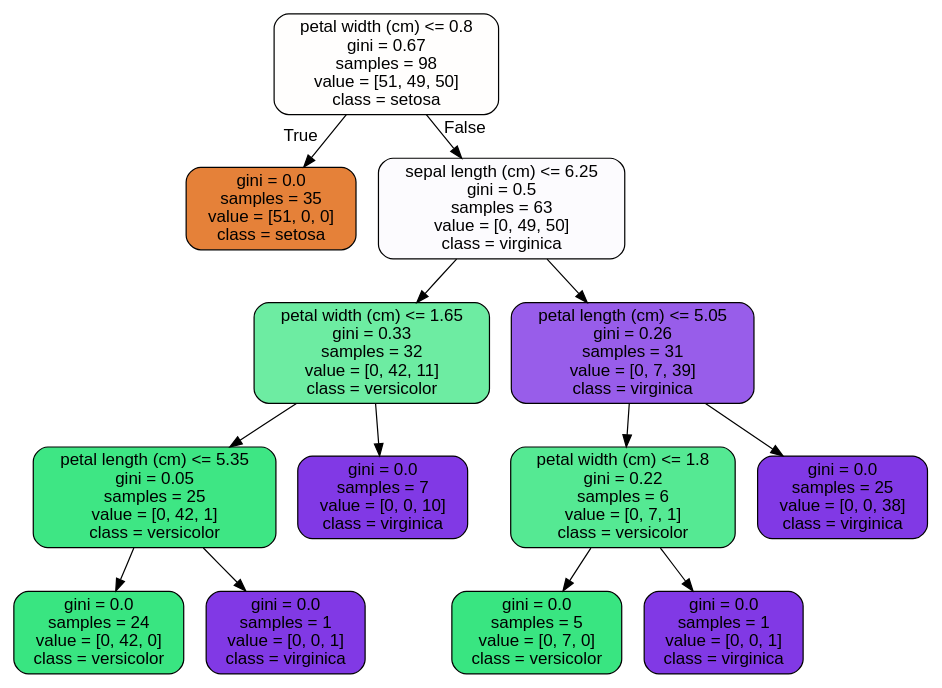
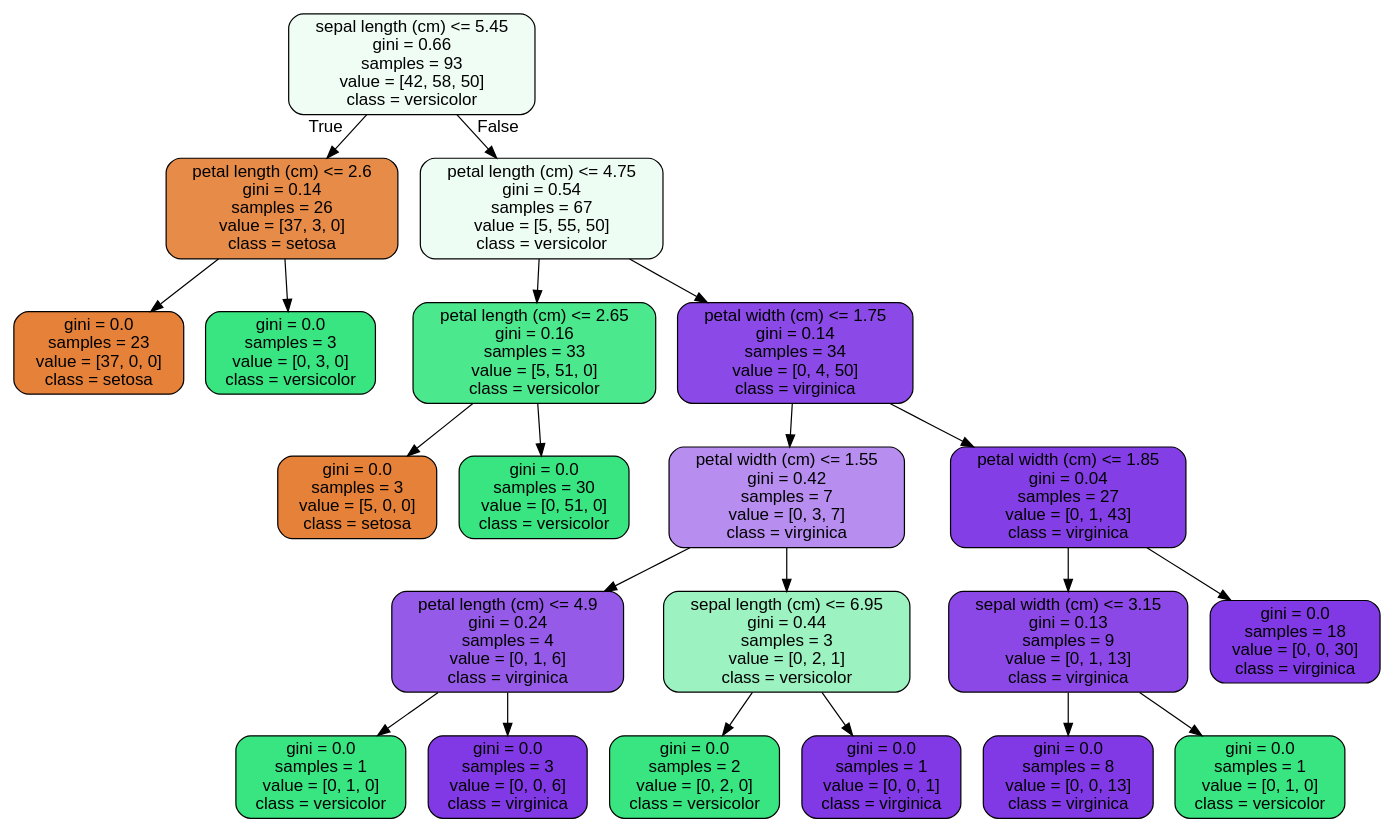
Before and after one commit to Khalif81/covid_patient_status: the diagram in tree.dot, drawn with Graphviz. The commit also changed 1 other file, not shown here.

```diff
--- a/tree.dot
+++ b/tree.dot
@@ -1,29 +1,45 @@
 digraph Tree {
 node [shape=box, style="filled, rounded", color="black", fontname=helvetica] ;
 edge [fontname=helvetica] ;
-0 [label="petal width (cm) <= 0.8\ngini = 0.67\nsamples = 98\nvalue = [51, 49, 50]\nclass = setosa", fillcolor="#fffefd"] ;
-1 [label="gini = 0.0\nsamples = 35\nvalue = [51, 0, 0]\nclass = setosa", fillcolor="#e58139"] ;
+0 [label="sepal length (cm) <= 5.45\ngini = 0.66\nsamples = 93\nvalue = [42, 58, 50]\nclass = versicolor", fillcolor="#effdf5"] ;
+1 [label="petal length (cm) <= 2.6\ngini = 0.14\nsamples = 26\nvalue = [37, 3, 0]\nclass = setosa", fillcolor="#e78b49"] ;
 0 -> 1 [labeldistance=2.5, labelangle=45, headlabel="True"] ;
-2 [label="sepal length (cm) <= 6.25\ngini = 0.5\nsamples = 63\nvalue = [0, 49, 50]\nclass = virginica", fillcolor="#fcfbfe"] ;
-0 -> 2 [labeldistance=2.5, labelangle=-45, headlabel="False"] ;
-3 [label="petal width (cm) <= 1.65\ngini = 0.33\nsamples = 32\nvalue = [0, 42, 11]\nclass = versicolor", fillcolor="#6deca2"] ;
-2 -> 3 ;
-4 [label="petal length (cm) <= 5.35\ngini = 0.05\nsamples = 25\nvalue = [0, 42, 1]\nclass = versicolor", fillcolor="#3ee684"] ;
-3 -> 4 ;
-5 [label="gini = 0.0\nsamples = 24\nvalue = [0, 42, 0]\nclass = versicolor", fillcolor="#39e581"] ;
+2 [label="gini = 0.0\nsamples = 23\nvalue = [37, 0, 0]\nclass = setosa", fillcolor="#e58139"] ;
+1 -> 2 ;
+3 [label="gini = 0.0\nsamples = 3\nvalue = [0, 3, 0]\nclass = versicolor", fillcolor="#39e581"] ;
+1 -> 3 ;
+4 [label="petal length (cm) <= 4.75\ngini = 0.54\nsamples = 67\nvalue = [5, 55, 50]\nclass = versicolor", fillcolor="#eefdf4"] ;
+0 -> 4 [labeldistance=2.5, labelangle=-45, headlabel="False"] ;
+5 [label="petal length (cm) <= 2.65\ngini = 0.16\nsamples = 33\nvalue = [5, 51, 0]\nclass = versicolor", fillcolor="#4ce88d"] ;
 4 -> 5 ;
-6 [label="gini = 0.0\nsamples = 1\nvalue = [0, 0, 1]\nclass = virginica", fillcolor="#8139e5"] ;
-4 -> 6 ;
-7 [label="gini = 0.0\nsamples = 7\nvalue = [0, 0, 10]\nclass = virginica", fillcolor="#8139e5"] ;
-3 -> 7 ;
-8 [label="petal length (cm) <= 5.05\ngini = 0.26\nsamples = 31\nvalue = [0, 7, 39]\nclass = virginica", fillcolor="#985dea"] ;
-2 -> 8 ;
-9 [label="petal width (cm) <= 1.8\ngini = 0.22\nsamples = 6\nvalue = [0, 7, 1]\nclass = versicolor", fillcolor="#55e993"] ;
+6 [label="gini = 0.0\nsamples = 3\nvalue = [5, 0, 0]\nclass = setosa", fillcolor="#e58139"] ;
+5 -> 6 ;
+7 [label="gini = 0.0\nsamples = 30\nvalue = [0, 51, 0]\nclass = versicolor", fillcolor="#39e581"] ;
+5 -> 7 ;
+8 [label="petal width (cm) <= 1.75\ngini = 0.14\nsamples = 34\nvalue = [0, 4, 50]\nclass = virginica", fillcolor="#8b49e7"] ;
+4 -> 8 ;
+9 [label="petal width (cm) <= 1.55\ngini = 0.42\nsamples = 7\nvalue = [0, 3, 7]\nclass = virginica", fillcolor="#b78ef0"] ;
 8 -> 9 ;
-10 [label="gini = 0.0\nsamples = 5\nvalue = [0, 7, 0]\nclass = versicolor", fillcolor="#39e581"] ;
+10 [label="petal length (cm) <= 4.9\ngini = 0.24\nsamples = 4\nvalue = [0, 1, 6]\nclass = virginica", fillcolor="#965ae9"] ;
 9 -> 10 ;
-11 [label="gini = 0.0\nsamples = 1\nvalue = [0, 0, 1]\nclass = virginica", fillcolor="#8139e5"] ;
-9 -> 11 ;
-12 [label="gini = 0.0\nsamples = 25\nvalue = [0, 0, 38]\nclass = virginica", fillcolor="#8139e5"] ;
-8 -> 12 ;
+11 [label="gini = 0.0\nsamples = 1\nvalue = [0, 1, 0]\nclass = versicolor", fillcolor="#39e581"] ;
+10 -> 11 ;
+12 [label="gini = 0.0\nsamples = 3\nvalue = [0, 0, 6]\nclass = virginica", fillcolor="#8139e5"] ;
+10 -> 12 ;
+13 [label="sepal length (cm) <= 6.95\ngini = 0.44\nsamples = 3\nvalue = [0, 2, 1]\nclass = versicolor", fillcolor="#9cf2c0"] ;
+9 -> 13 ;
+14 [label="gini = 0.0\nsamples = 2\nvalue = [0, 2, 0]\nclass = versicolor", fillcolor="#39e581"] ;
+13 -> 14 ;
+15 [label="gini = 0.0\nsamples = 1\nvalue = [0, 0, 1]\nclass = virginica", fillcolor="#8139e5"] ;
+13 -> 15 ;
+16 [label="petal width (cm) <= 1.85\ngini = 0.04\nsamples = 27\nvalue = [0, 1, 43]\nclass = virginica", fillcolor="#843ee6"] ;
+8 -> 16 ;
+17 [label="sepal width (cm) <= 3.15\ngini = 0.13\nsamples = 9\nvalue = [0, 1, 13]\nclass = virginica", fillcolor="#8b48e7"] ;
+16 -> 17 ;
+18 [label="gini = 0.0\nsamples = 8\nvalue = [0, 0, 13]\nclass = virginica", fillcolor="#8139e5"] ;
+17 -> 18 ;
+19 [label="gini = 0.0\nsamples = 1\nvalue = [0, 1, 0]\nclass = versicolor", fillcolor="#39e581"] ;
+17 -> 19 ;
+20 [label="gini = 0.0\nsamples = 18\nvalue = [0, 0, 30]\nclass = virginica", fillcolor="#8139e5"] ;
+16 -> 20 ;
 }
```
